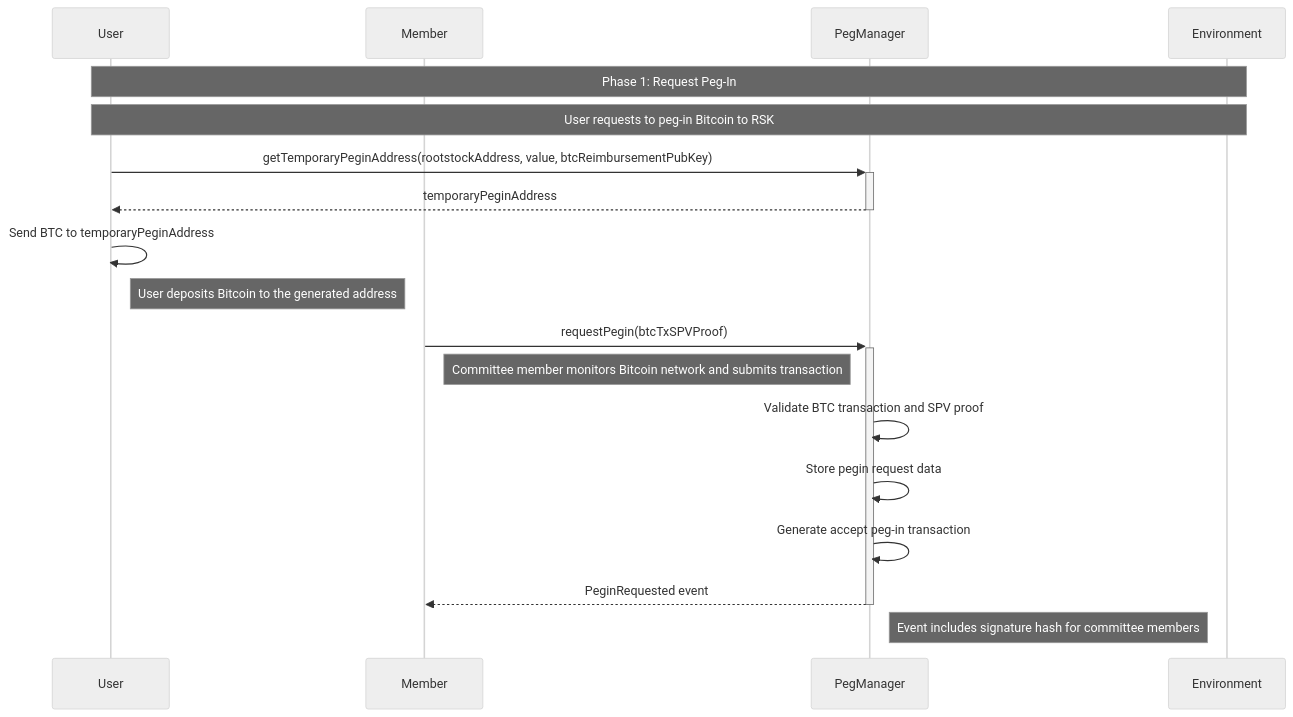
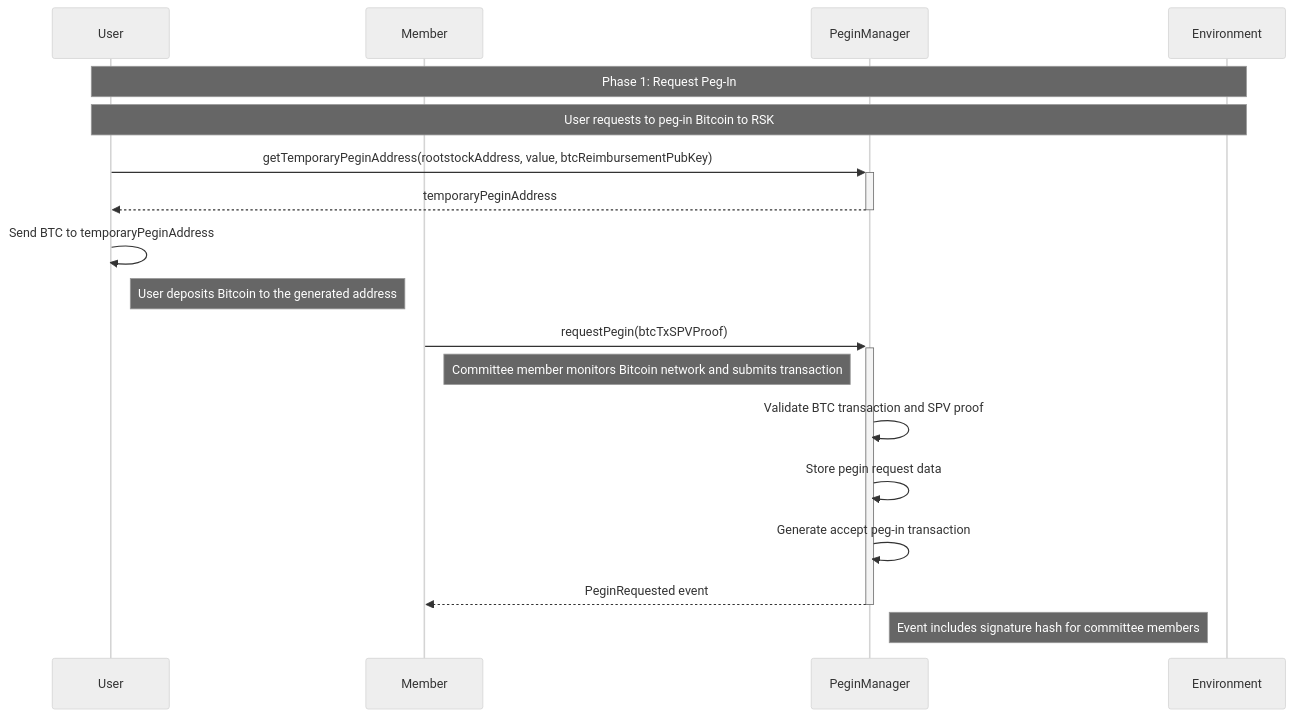
One commit to rsksmart/union-bridge-contracts changed the fifth of 12 diagrams in README.md. Above: the diagram before and after it, drawn with Mermaid (neutral theme). The commit also changed other lines of this file, not shown here.

````diff
--- a/README.md
+++ b/README.md
@@ -324,24 +324,24 @@
 ```mermaid
 sequenceDiagram
     participant U as User
     participant M as Member
-    participant PM as PegManager
+    participant PIM as PeginManager
     participant ENV as Environment
 
     Note over U,ENV: Phase 1: Request Peg-In
     Note over U,ENV: User requests to peg-in Bitcoin to RSK
 
-    U->>+PM: getTemporaryPeginAddress(rootstockAddress, value, btcReimbursementPubKey)
-    PM-->>-U: temporaryPeginAddress
+    U->>+PIM: getTemporaryPeginAddress(rootstockAddress, value, btcReimbursementPubKey)
+    PIM-->>-U: temporaryPeginAddress
 
     U->>U: Send BTC to temporaryPeginAddress
     Note right of U: User deposits Bitcoin to the generated address
 
-    M->>+PM: requestPegin(btcTxSPVProof)
+    M->>+PIM: requestPegin(btcTxSPVProof)
     Note right of M: Committee member monitors Bitcoin network and submits transaction
-    PM->>PM: Validate BTC transaction and SPV proof
-    PM->>PM: Store pegin request data
-    PM->>PM: Generate accept peg-in transaction
-    PM-->>-M: PeginRequested event
-    Note right of PM: Event includes signature hash for committee members
+    PIM->>PIM: Validate BTC transaction and SPV proof
+    PIM->>PIM: Store pegin request data
+    PIM->>PIM: Generate accept peg-in transaction
+    PIM-->>-M: PeginRequested event
+    Note right of PIM: Event includes signature hash for committee members
 ```
````
